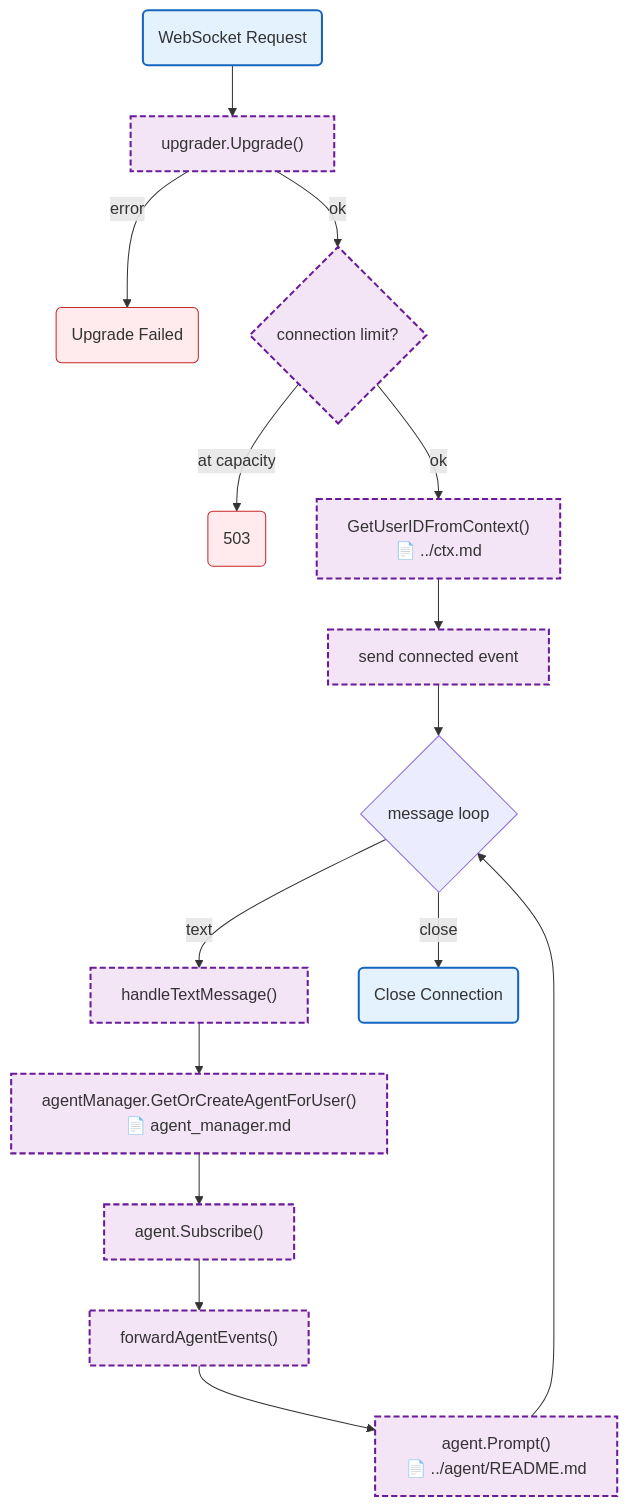
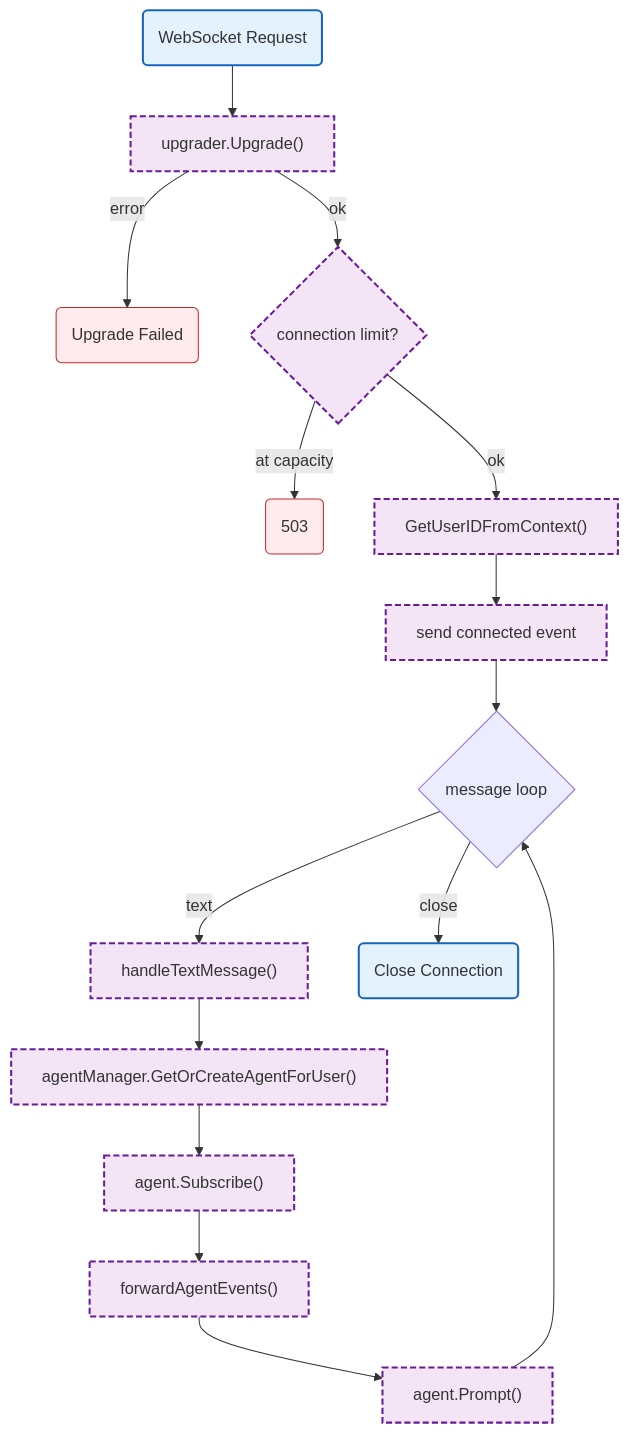
Before and after one commit to radch-ai/ava: the diagram in docs/internal/websocket.md, drawn with Mermaid. The commit also changed 8 other files, not shown here.

````diff
--- a/docs/internal/websocket.md
+++ b/docs/internal/websocket.md
@@ -7,29 +7,30 @@
 ```mermaid
 flowchart TB
     Start("WebSocket Request") --> Upgrade["upgrader.Upgrade()"]
     Upgrade -->|error| UpgradeErr("Upgrade Failed")
     Upgrade -->|ok| CheckLimit{connection limit?}
     CheckLimit -->|at capacity| LimitErr("503")
-    CheckLimit -->|ok| GetUserID["GetUserIDFromContext()
-    📄 ../ctx.md"]
+    CheckLimit -->|ok| GetUserID["GetUserIDFromContext()"]
     GetUserID --> SendConnected["send connected event"]
     SendConnected --> MsgLoop{message loop}
     MsgLoop -->|text| HandleText["handleTextMessage()"]
     MsgLoop -->|close| Close("Close Connection")
-    HandleText --> GetAgent["agentManager.GetOrCreateAgentForUser()
-    📄 agent_manager.md"]
+    HandleText --> GetAgent["agentManager.GetOrCreateAgentForUser()"]
     GetAgent --> Subscribe["agent.Subscribe()"]
     Subscribe --> ForwardEvents["forwardAgentEvents()"]
-    ForwardEvents --> Prompt["agent.Prompt()
-    📄 ../agent/README.md"]
+    ForwardEvents --> Prompt["agent.Prompt()"]
     Prompt --> MsgLoop
+
+    click GetUserID href "../ctx.md"
+    click GetAgent href "../agent/README.md"
+    click Prompt href "../agent/README.md"
 
     classDef mainFn fill:#e3f2fd,stroke:#1565c0,stroke-width:2px
     classDef internalFn fill:#f3e5f5,stroke:#6a1b9a,stroke-width:2px,stroke-dasharray:6 3
     classDef localPkgs fill:#fff8e1,stroke:#f9a825,stroke-width:1.5px,stroke-dasharray:4 2
     classDef errorFlow fill:#ffebee,stroke:#c62828,stroke-width:1px
 
     class Start,Close mainFn
     class Upgrade,CheckLimit,GetUserID,SendConnected,HandleText,GetAgent,Subscribe,ForwardEvents,Prompt internalFn
     class UpgradeErr,LimitErr errorFlow
 ```
````
